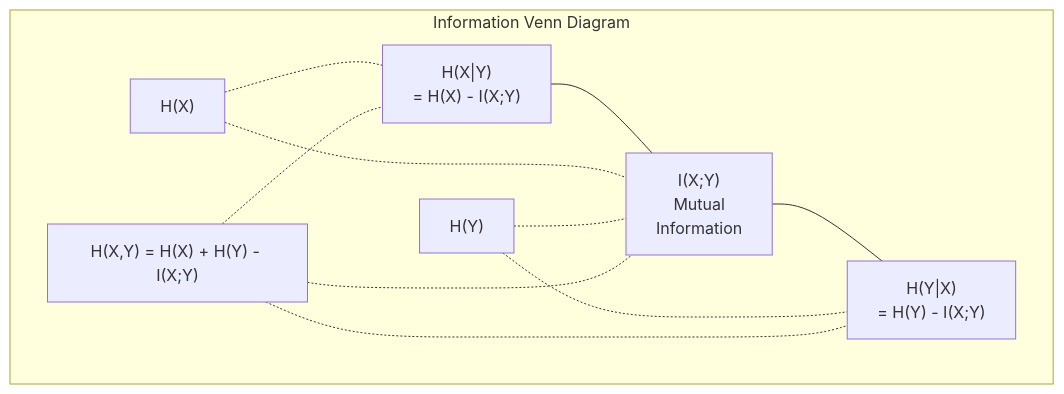
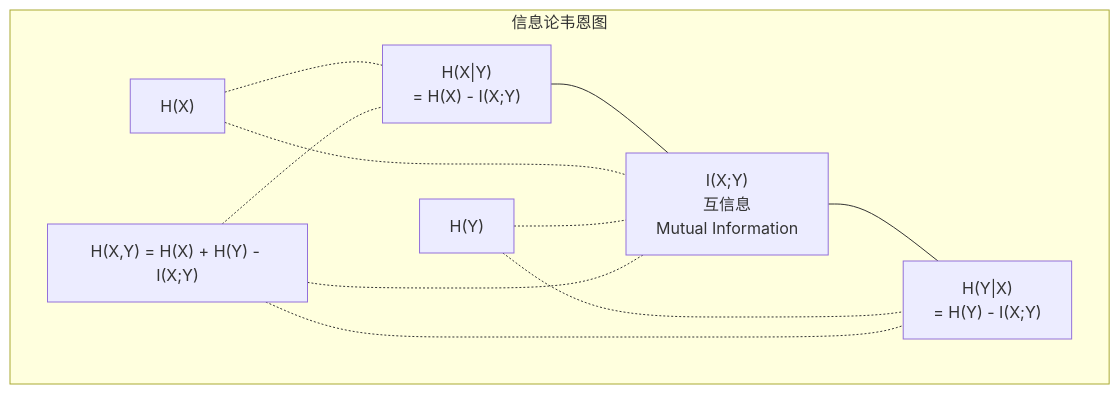
One commit to JerryC8080/ai-engineering-from-scratch-zh changed the diagram in phases/01-math-foundations/09-information-theory/docs/zh.md. Above: the diagram before and after it, drawn with Mermaid. The commit also changed 156 other files, not shown here.

First line of the commit message:
i18n(zh): translate mermaid diagram labels in 157 lesson zh.md

````diff
--- a/phases/01-math-foundations/09-information-theory/docs/zh.md
+++ b/phases/01-math-foundations/09-information-theory/docs/zh.md
@@ -148,22 +148,22 @@
 ```mermaid
 graph TD
-    subgraph "Information Venn Diagram"
+    subgraph "信息论韦恩图"
         direction LR
         HX["H(X)"]
         HY["H(Y)"]
-        MI["I(X;Y)<br/>Mutual<br/>Information"]
+        MI["I(X;Y)<br/>互信息<br/>Mutual Information"]
         HXgY["H(X|Y)<br/>= H(X) - I(X;Y)"]
         HYgX["H(Y|X)<br/>= H(Y) - I(X;Y)"]
         HXY["H(X,Y) = H(X) + H(Y) - I(X;Y)"]
     end
 
     HXgY --- MI
     MI --- HYgX
     HX -.- HXgY
     HX -.- MI
     HY -.- MI
     HY -.- HYgX
     HXY -.- HXgY
     HXY -.- MI
     HXY -.- HYgX
 ```
````
